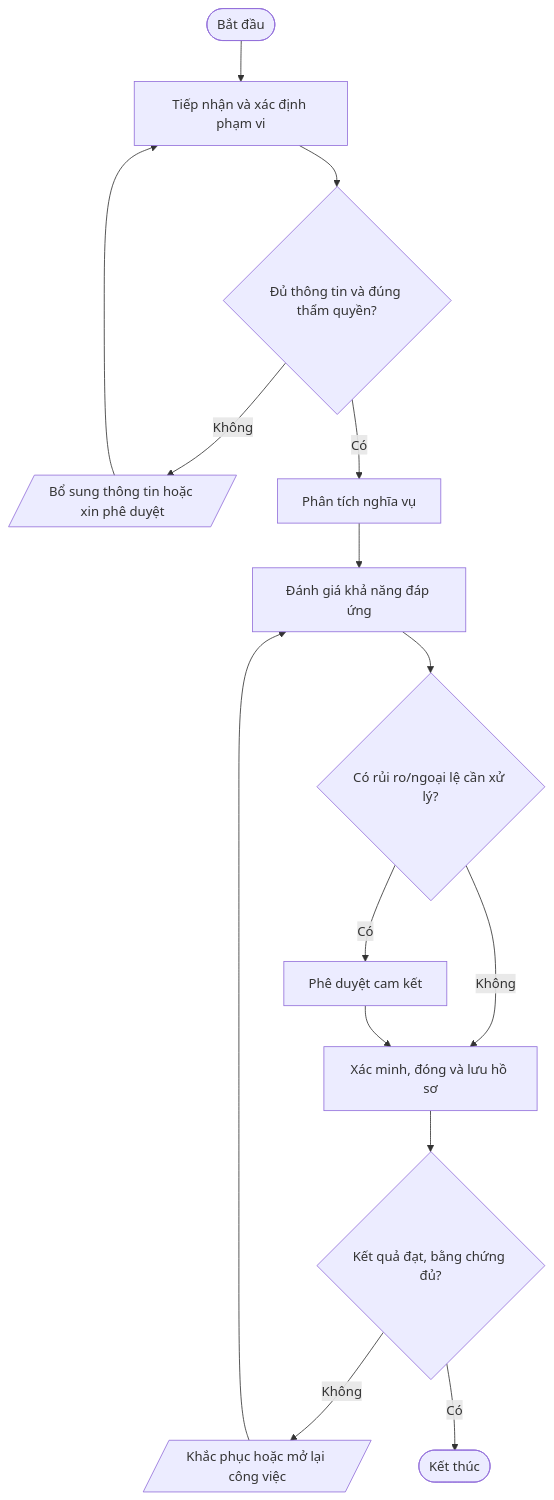
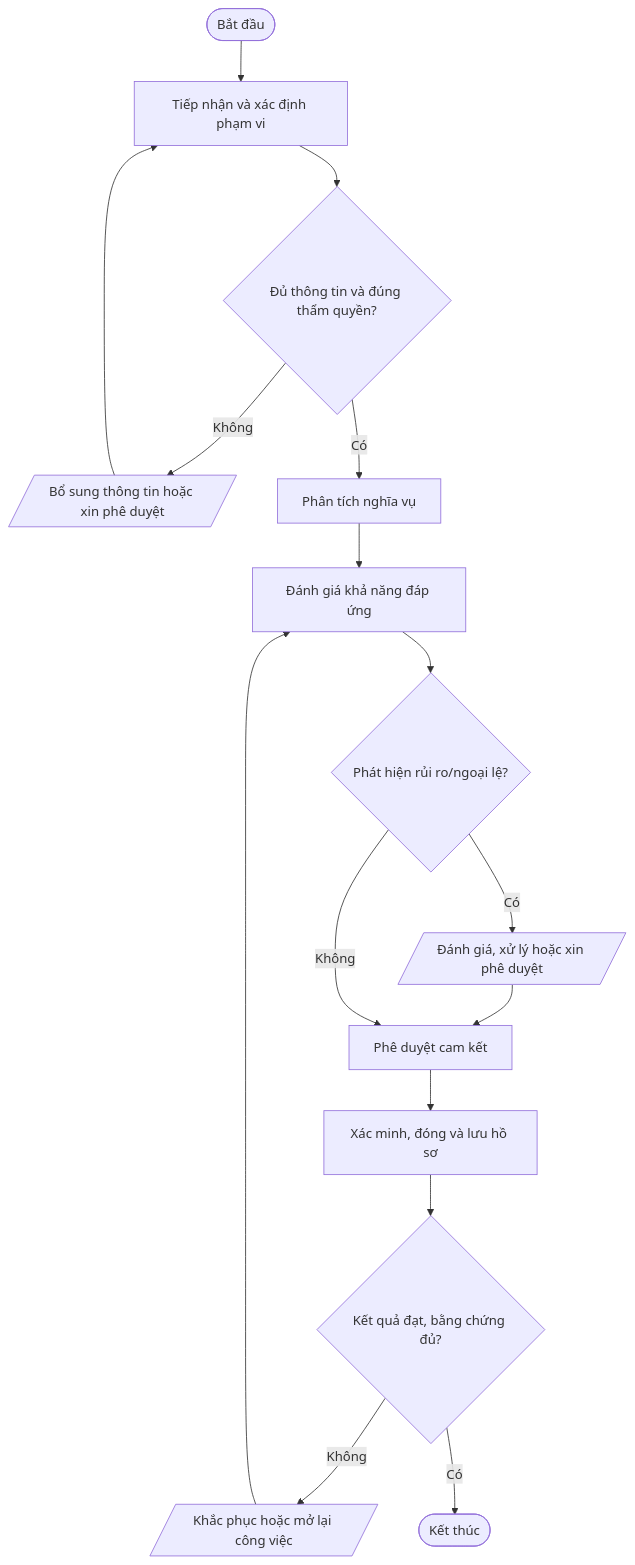
The fourth of 7 diagrams in quy-trinh/01-Quan-tri-ISMS/README.md (daoaigiangnam/Quy_Trinh_Chuan), drawn with Mermaid before and after one commit. The commit also changed other lines of this file, not shown here.

Commit message:
docs: correct procedure flowchart decision paths

````diff
--- a/quy-trinh/01-Quan-tri-ISMS/README.md
+++ b/quy-trinh/01-Quan-tri-ISMS/README.md
@@ -317,17 +320,18 @@
 ```mermaid
 flowchart TD
   A([Bắt đầu]) --> S1["Tiếp nhận và xác định phạm vi"]
   S1 --> D1{"Đủ thông tin và đúng thẩm quyền?"}
   D1 -- Không --> F1[/"Bổ sung thông tin hoặc xin phê duyệt"/]
   F1 --> S1
   D1 -- Có --> S2["Phân tích nghĩa vụ"]
   S2 --> S3["Đánh giá khả năng đáp ứng"]
-  S3 --> D2{"Có rủi ro/ngoại lệ cần xử lý?"}
-  D2 -- Có --> S4["Phê duyệt cam kết"]
-  D2 -- Không --> S5["Xác minh, đóng và lưu hồ sơ"]
-  S4 --> S5
+  S3 --> D2{"Phát hiện rủi ro/ngoại lệ?"}
+  D2 -- Có --> RISK[/"Đánh giá, xử lý hoặc xin phê duyệt"/]
+  RISK --> S4["Phê duyệt cam kết"]
+  D2 -- Không --> S4
+  S4 --> S5["Xác minh, đóng và lưu hồ sơ"]
   S5 --> D3{"Kết quả đạt, bằng chứng đủ?"}
   D3 -- Không --> R[/"Khắc phục hoặc mở lại công việc"/]
   R --> S3
   D3 -- Có --> Z([Kết thúc])
 ```
````
